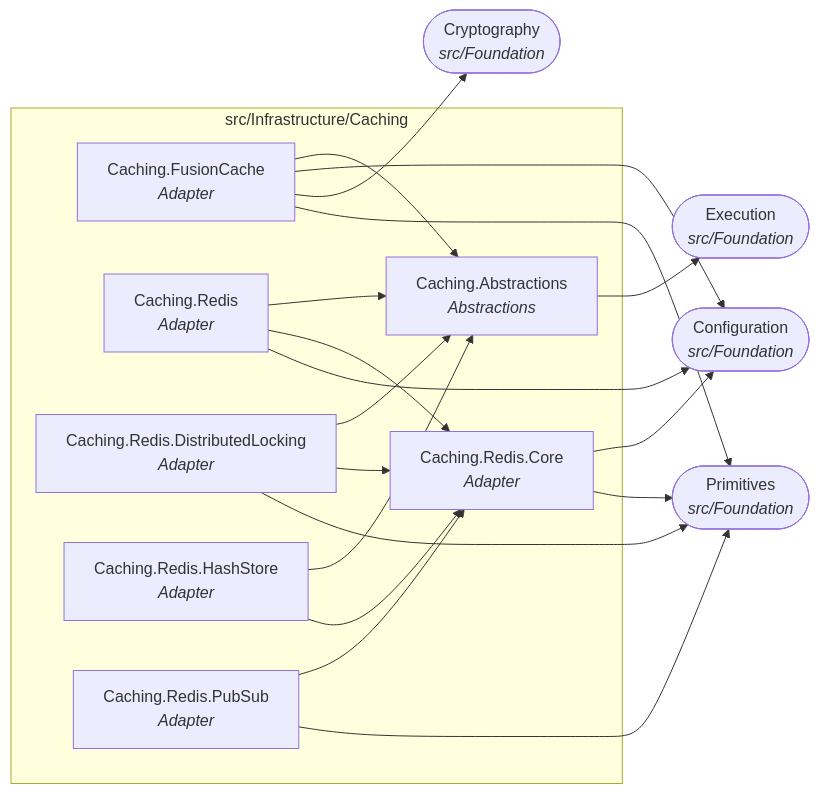
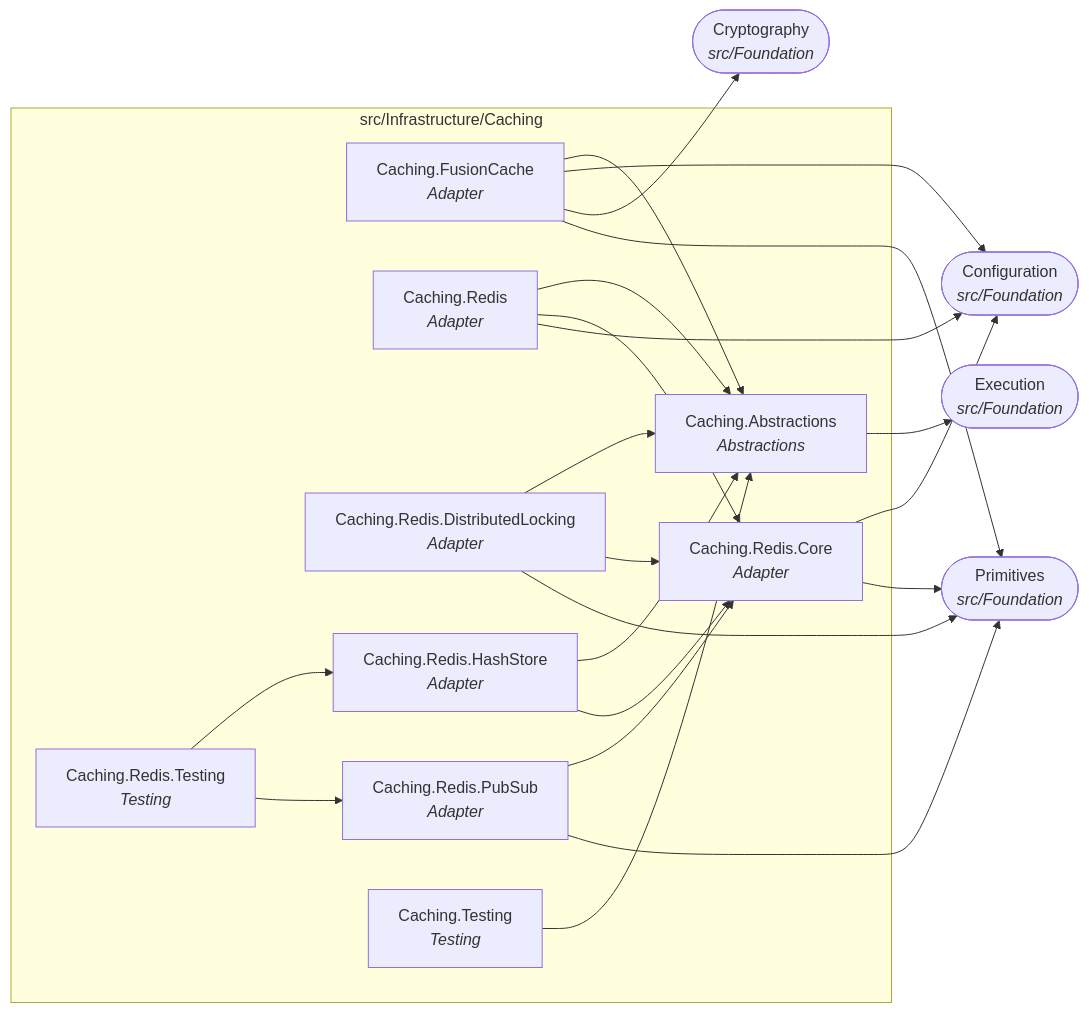
The eighth of 22 diagrams in docs/dependency-graph.md (Gresta-Vertex-Labs/platform-shared-kernel), drawn with Mermaid before and after one commit. The commit also changed other lines of this file and 508 other files, not shown here.

````diff
--- a/docs/dependency-graph.md
+++ b/docs/dependency-graph.md
@@ -300,33 +316,38 @@
 ```mermaid
 flowchart LR
   subgraph folder_src_Infrastructure_Caching["src/Infrastructure/Caching"]
     SharedKernel_Caching_Abstractions["Caching.Abstractions<br/><i>Abstractions</i>"]
     SharedKernel_Caching_FusionCache["Caching.FusionCache<br/><i>Adapter</i>"]
     SharedKernel_Caching_Redis["Caching.Redis<br/><i>Adapter</i>"]
     SharedKernel_Caching_Redis_Core["Caching.Redis.Core<br/><i>Adapter</i>"]
     SharedKernel_Caching_Redis_DistributedLocking["Caching.Redis.DistributedLocking<br/><i>Adapter</i>"]
     SharedKernel_Caching_Redis_HashStore["Caching.Redis.HashStore<br/><i>Adapter</i>"]
     SharedKernel_Caching_Redis_PubSub["Caching.Redis.PubSub<br/><i>Adapter</i>"]
+    SharedKernel_Caching_Redis_Testing["Caching.Redis.Testing<br/><i>Testing</i>"]
+    SharedKernel_Caching_Testing["Caching.Testing<br/><i>Testing</i>"]
   end
   SharedKernel_Configuration(["Configuration<br/><i>src/Foundation</i>"])
   SharedKernel_Cryptography(["Cryptography<br/><i>src/Foundation</i>"])
   SharedKernel_Execution(["Execution<br/><i>src/Foundation</i>"])
   SharedKernel_Primitives(["Primitives<br/><i>src/Foundation</i>"])
   SharedKernel_Caching_Abstractions --> SharedKernel_Execution
   SharedKernel_Caching_FusionCache --> SharedKernel_Caching_Abstractions
   SharedKernel_Caching_FusionCache --> SharedKernel_Configuration
   SharedKernel_Caching_FusionCache --> SharedKernel_Cryptography
   SharedKernel_Caching_FusionCache --> SharedKernel_Primitives
   SharedKernel_Caching_Redis --> SharedKernel_Caching_Abstractions
   SharedKernel_Caching_Redis --> SharedKernel_Caching_Redis_Core
   SharedKernel_Caching_Redis --> SharedKernel_Configuration
   SharedKernel_Caching_Redis_Core --> SharedKernel_Configuration
   SharedKernel_Caching_Redis_Core --> SharedKernel_Primitives
   SharedKernel_Caching_Redis_DistributedLocking --> SharedKernel_Caching_Abstractions
   SharedKernel_Caching_Redis_DistributedLocking --> SharedKernel_Caching_Redis_Core
   SharedKernel_Caching_Redis_DistributedLocking --> SharedKernel_Primitives
   SharedKernel_Caching_Redis_HashStore --> SharedKernel_Caching_Abstractions
   SharedKernel_Caching_Redis_HashStore --> SharedKernel_Caching_Redis_Core
   SharedKernel_Caching_Redis_PubSub --> SharedKernel_Caching_Redis_Core
   SharedKernel_Caching_Redis_PubSub --> SharedKernel_Primitives
+  SharedKernel_Caching_Redis_Testing --> SharedKernel_Caching_Redis_HashStore
+  SharedKernel_Caching_Redis_Testing --> SharedKernel_Caching_Redis_PubSub
+  SharedKernel_Caching_Testing --> SharedKernel_Caching_Abstractions
 ```
````
